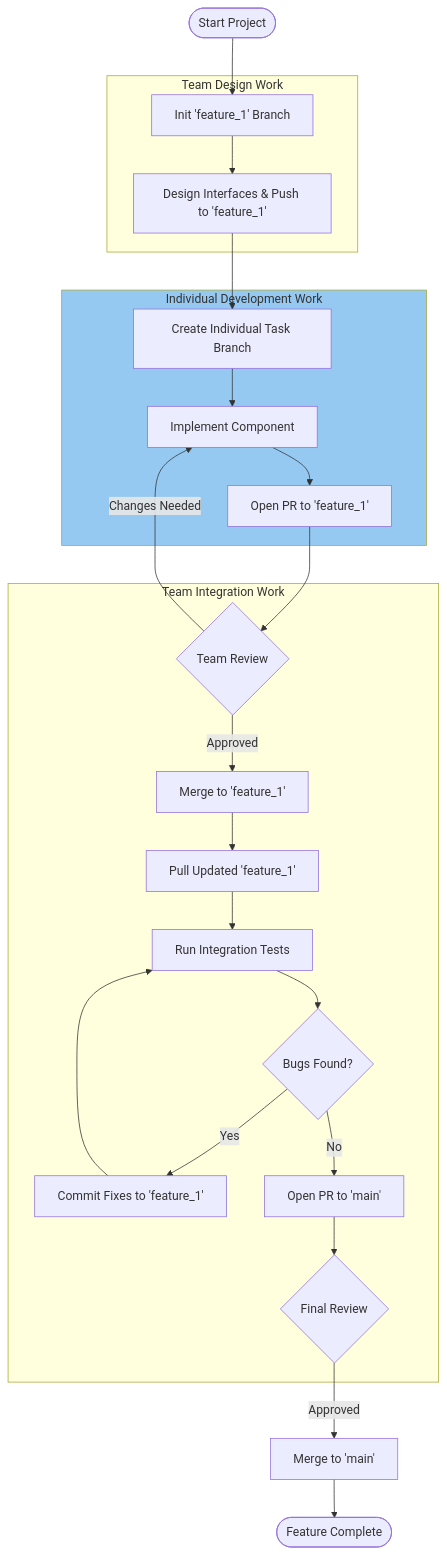
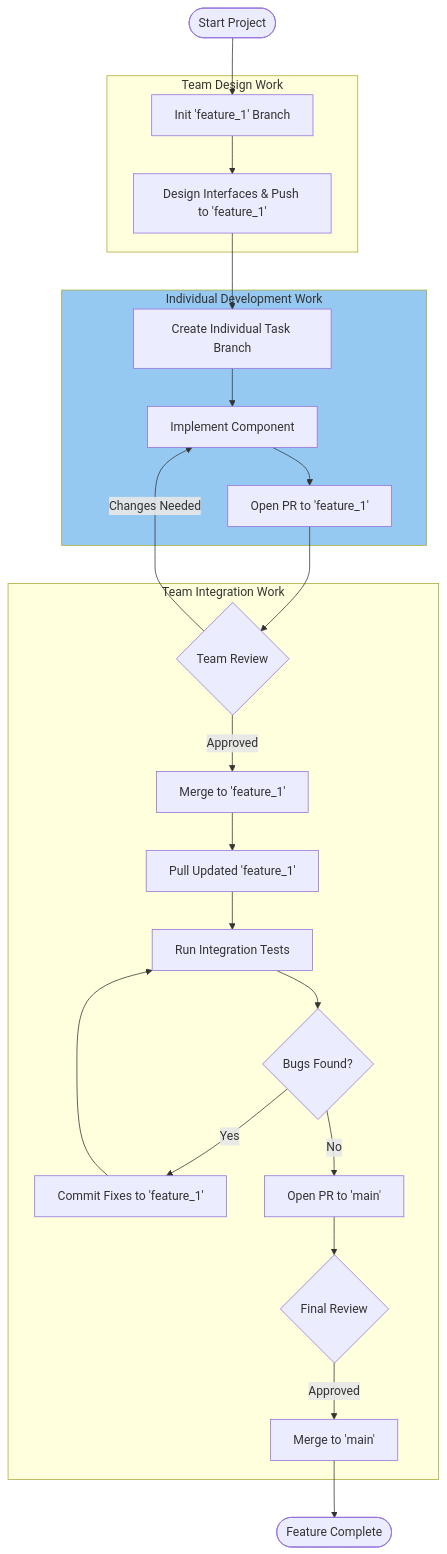
Before and after one commit to cse4504-wustl/workflow: the first of 2 diagrams in README.md, drawn with Mermaid. The commit also changed other lines of this file, not shown here.

First line of the commit message:
Fix merge process in README

````diff
--- a/README.md
+++ b/README.md
@@ -2,30 +2,30 @@
 ```mermaid
 flowchart TD
     Start([Start Project]) --> InitFeature[Init 'feature_1' Branch]
     subgraph Team_Start [Team Design Work]
     InitFeature --> Design[Design Interfaces & Push to 'feature_1']
     end
 
     subgraph Indiv_Work [Individual Development Work]
     Design --> BranchInd[Create Individual Task Branch]
     BranchInd --> Implement[Implement Component]
     Implement --> PR_Ind[Open PR to 'feature_1']
     end
     style Indiv_Work fill:#96C9F2
 
     subgraph Team Integration Work
     Review_Ind -- Changes Needed --> Implement
     PR_Ind --> Review_Ind{Team Review}
     Review_Ind -- Approved --> Merge_Ind[Merge to 'feature_1']    
     Merge_Ind --> Pull[Pull Updated 'feature_1']
     Pull --> Test[Run Integration Tests]
     Test --> Fix{Bugs Found?}
     Fix -- Yes --> FixCommit[Commit Fixes to 'feature_1']
     FixCommit --> Test
     Fix -- No --> FinalPR[Open PR to 'main']
     FinalPR --> Review_Final{Final Review}
+    Review_Final -- Approved --> MainMerge[Merge to 'main']
     end
 
-    Review_Final -- Approved --> MainMerge[Merge to 'main']
     MainMerge --> Done([Feature Complete])
 ```
````
